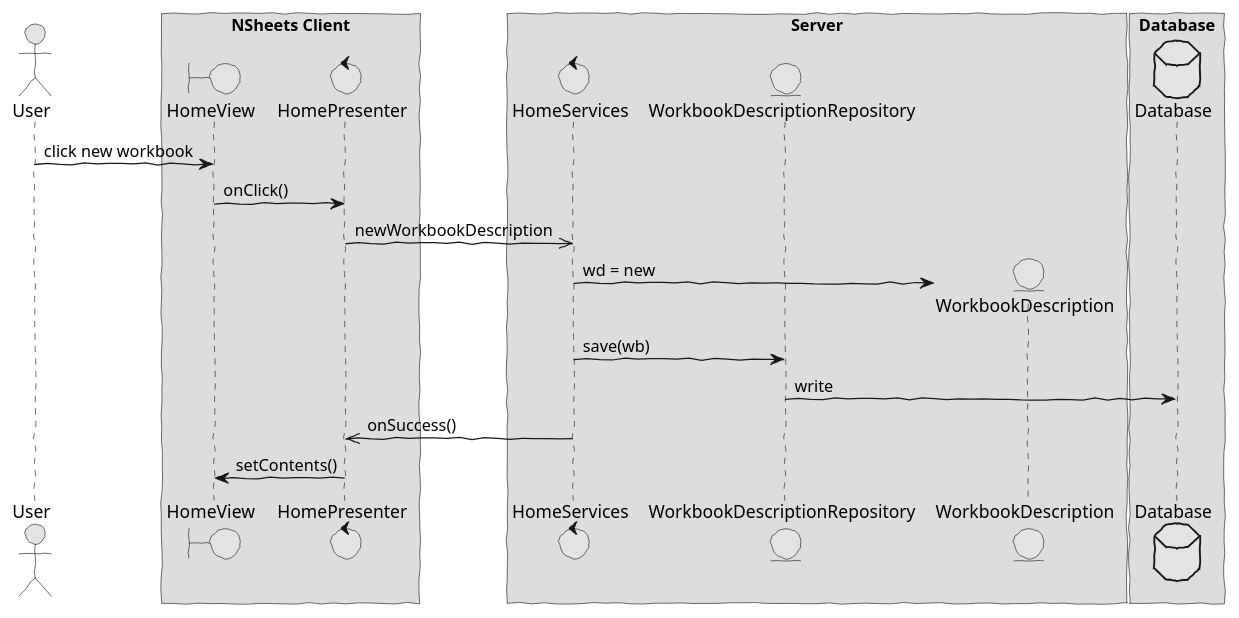
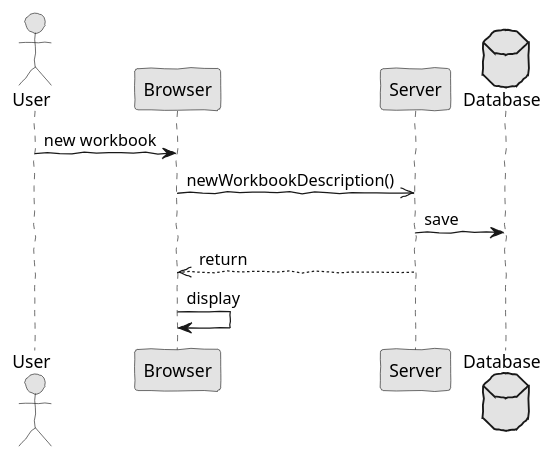
One commit to HugoFernandes2343/LAPR4_2017-2018 changed the diagram in docs/white/s4567890/sp1/analysis2.puml. Above: the diagram before and after it, drawn with PlantUML. The commit also changed 8 other files, not shown here.

Commit message:
Core00.0: Analysis - Added system sequence diagrams / Design - SD moved to design section of documentation.

```diff
--- a/docs/white/s4567890/sp1/analysis2.puml
+++ b/docs/white/s4567890/sp1/analysis2.puml
@@ -1,41 +1,22 @@
 @startuml  analysis2.png
 skinparam handwritten true
 skinparam monochrome true
 skinparam packageStyle rect
 skinparam defaultFontName FG Virgil
 skinparam shadowing false
 
 actor User
-boundary HomeView
-control HomePresenter
-control HomeServices
-entity WorkbookDescriptionRepository
-entity WorkbookDescription
+
+User -> Browser : new workbook
+ 
+Browser ->> Server : newWorkbookDescription()
+
 database Database 
 
-box "NSheets Client"
-participant HomeView
-participant HomePresenter 
-end box
+Server -> Database : save
 
-box "Server"
-participant HomeServices
-participant WorkbookDescriptionRepository
-participant WorkbookDescription
-end box
+Server -->> Browser : return
 
-box "Database"
-participant Database
-end box
-
-User -> HomeView : click new workbook
-HomeView -> HomePresenter : onClick()
-HomePresenter ->> HomeServices : newWorkbookDescription
-create WorkbookDescription
-HomeServices -> WorkbookDescription : wd = new
-HomeServices -> WorkbookDescriptionRepository : save(wb)
-WorkbookDescriptionRepository -> Database : write
-HomeServices ->> HomePresenter : onSuccess() 
-HomePresenter -> HomeView : setContents()
+Browser -> Browser : display
 
 @enduml
```
